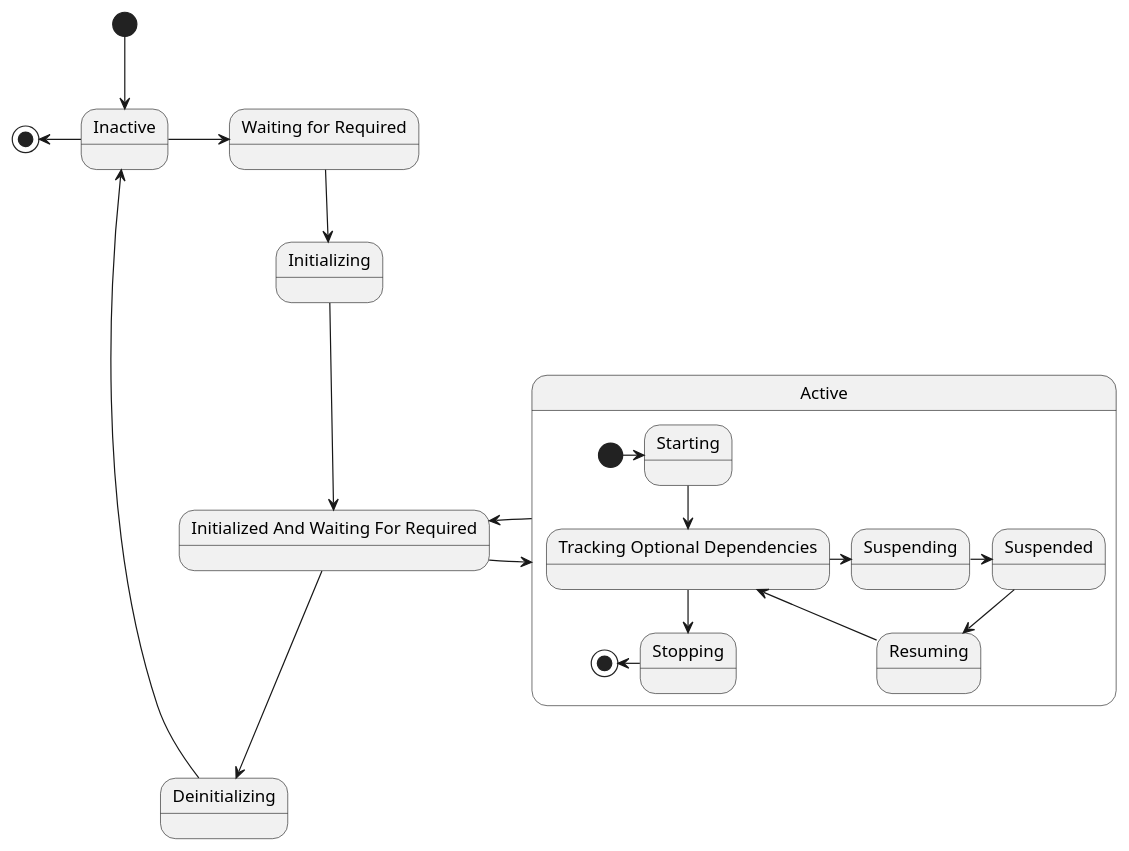
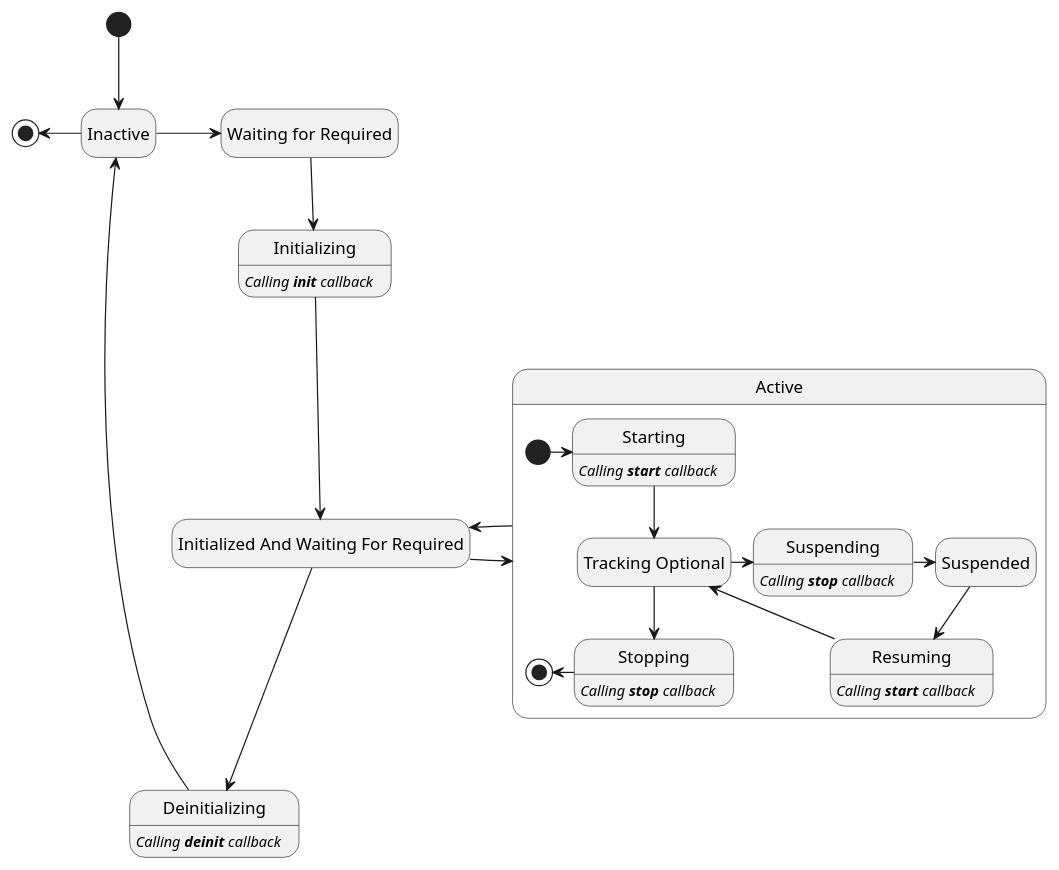
Before and after one commit to apache/celix: the diagram in documents/diagrams/component_lifecycle.puml, drawn with PlantUML. The commit also changed 4 other files, not shown here.

Commit message:
Updates component lifecycle state diagram

```diff
--- a/documents/diagrams/component_lifecycle.puml
+++ b/documents/diagrams/component_lifecycle.puml
@@ -16,32 +16,37 @@
 @startuml
+hide empty description
 state "Waiting for Required" as WaitingForRequired
 state "Initialized And Waiting For Required" as Initialized
 
 [*] -down-> Inactive
 Inactive -left-> [*]
 Inactive  -right-> WaitingForRequired
 WaitingForRequired -down-> Initializing
 Initializing -down-> Initialized
 
 state Active {
-    state "Tracking Optional Dependencies" as TrackingOptional
+    state "Tracking Optional" as TrackingOptional
     [*] -> Starting
     Starting -down-> TrackingOptional
     TrackingOptional -> Suspending
     Suspending -> Suspended
     Suspended -> Resuming
     Resuming --> TrackingOptional
     TrackingOptional --> Stopping
     Stopping -left-> [*]
 }
 
 Initialized -> Active
 Active -> Initialized
 
 Initialized -down-> Deinitializing
 Deinitializing -down-> Inactive
 
-
-
+Initializing:   <i>Calling <b>init</b> callback</i>
+Starting:       <i>Calling <b>start</b> callback</i>
+Stopping:       <i>Calling <b>stop</b> callback</i>
+Deinitializing: <i>Calling <b>deinit</b> callback</i>
+Suspending:     <i>Calling <b>stop</b> callback</i>
+Resuming:       <i>Calling <b>start</b> callback</i>
 
 @enduml
```
